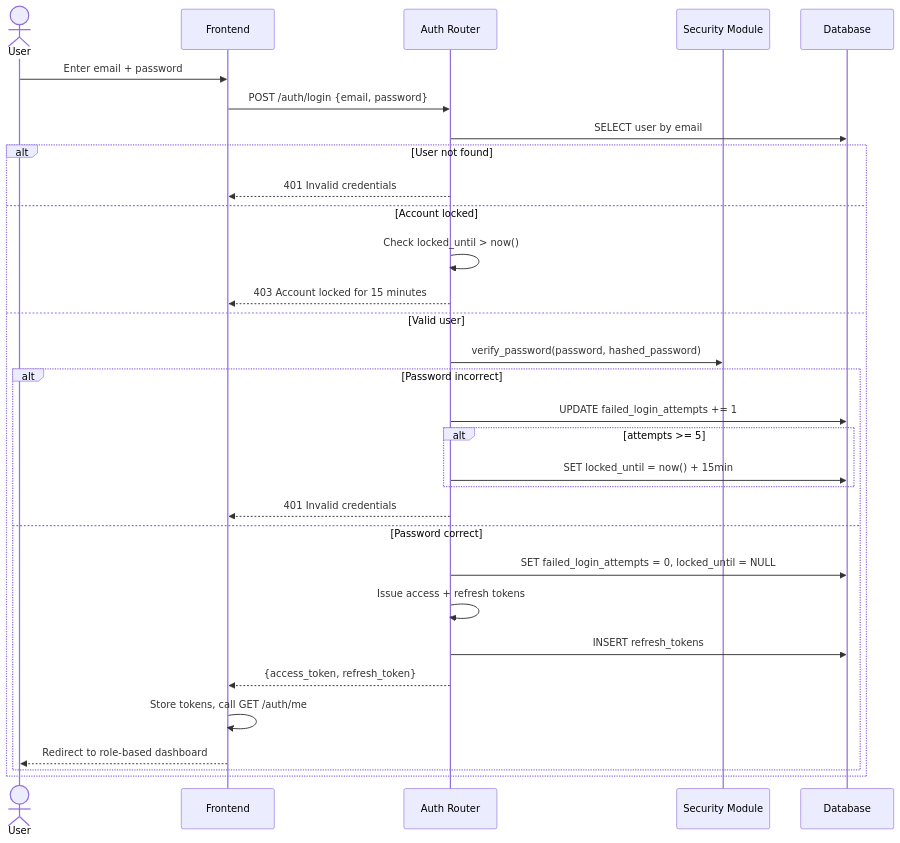
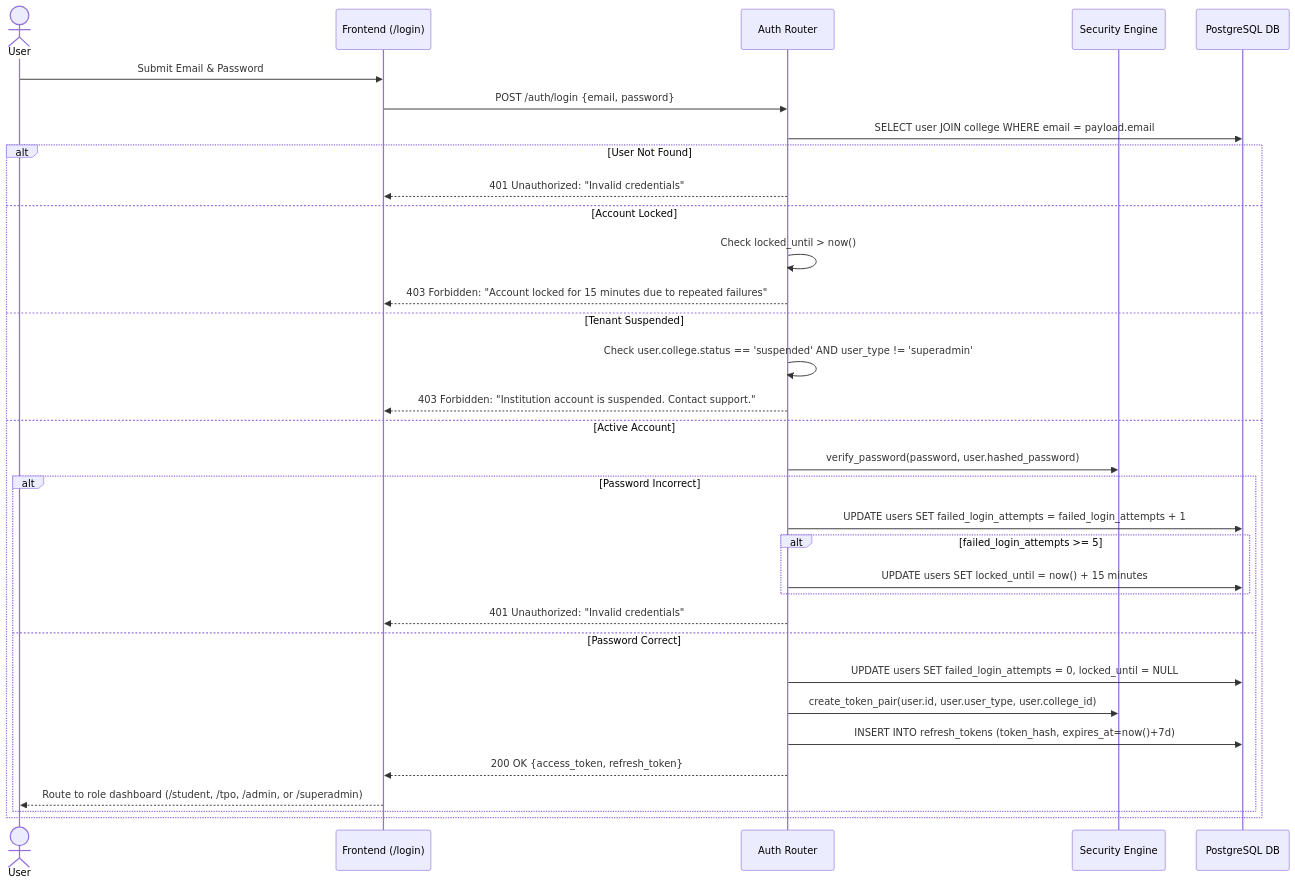
Diagram 11 of 39 in info.md (prathamraval33/7th-sem-project), drawn with Mermaid before and after one commit. The commit also changed other lines of this file and 11 other files, not shown here.

````diff
--- a/info.md
+++ b/info.md
@@ -1069,34 +2228,36 @@
 ```mermaid
 sequenceDiagram
     actor User
-    participant FE as Frontend
+    participant FE as Frontend (/login)
     participant Auth as Auth Router
-    participant Sec as Security Module
-    participant DB as Database
+    participant Sec as Security Engine
+    participant DB as PostgreSQL DB
 
-    User->>FE: Enter email + password
+    User->>FE: Submit Email & Password
     FE->>Auth: POST /auth/login {email, password}
-    Auth->>DB: SELECT user by email
-    alt User not found
-        Auth-->>FE: 401 Invalid credentials
-    else Account locked
+    Auth->>DB: SELECT user JOIN college WHERE email = payload.email
+    alt User Not Found
+        Auth-->>FE: 401 Unauthorized: "Invalid credentials"
+    else Account Locked
         Auth->>Auth: Check locked_until > now()
-        Auth-->>FE: 403 Account locked for 15 minutes
-    else Valid user
-        Auth->>Sec: verify_password(password, hashed_password)
-        alt Password incorrect
-            Auth->>DB: UPDATE failed_login_attempts += 1
-            alt attempts >= 5
-                Auth->>DB: SET locked_until = now() + 15min
+        Auth-->>FE: 403 Forbidden: "Account locked for 15 minutes due to repeated failures"
+    else Tenant Suspended
+        Auth->>Auth: Check user.college.status == 'suspended' AND user_type != 'superadmin'
+        Auth-->>FE: 403 Forbidden: "Institution account is suspended. Contact support."
+    else Active Account
+        Auth->>Sec: verify_password(password, user.hashed_password)
+        alt Password Incorrect
+            Auth->>DB: UPDATE users SET failed_login_attempts = failed_login_attempts + 1
+            alt failed_login_attempts >= 5
+                Auth->>DB: UPDATE users SET locked_until = now() + 15 minutes
             end
-            Auth-->>FE: 401 Invalid credentials
-        else Password correct
-            Auth->>DB: SET failed_login_attempts = 0, locked_until = NULL
-            Auth->>Auth: Issue access + refresh tokens
-            Auth->>DB: INSERT refresh_tokens
-            Auth-->>FE: {access_token, refresh_token}
-            FE->>FE: Store tokens, call GET /auth/me
-            FE-->>User: Redirect to role-based dashboard
+            Auth-->>FE: 401 Unauthorized: "Invalid credentials"
+        else Password Correct
+            Auth->>DB: UPDATE users SET failed_login_attempts = 0, locked_until = NULL
+            Auth->>Sec: create_token_pair(user.id, user.user_type, user.college_id)
+            Auth->>DB: INSERT INTO refresh_tokens (token_hash, expires_at=now()+7d)
+            Auth-->>FE: 200 OK {access_token, refresh_token}
+            FE-->>User: Route to role dashboard (/student, /tpo, /admin, or /superadmin)
         end
     end
 ```
````
